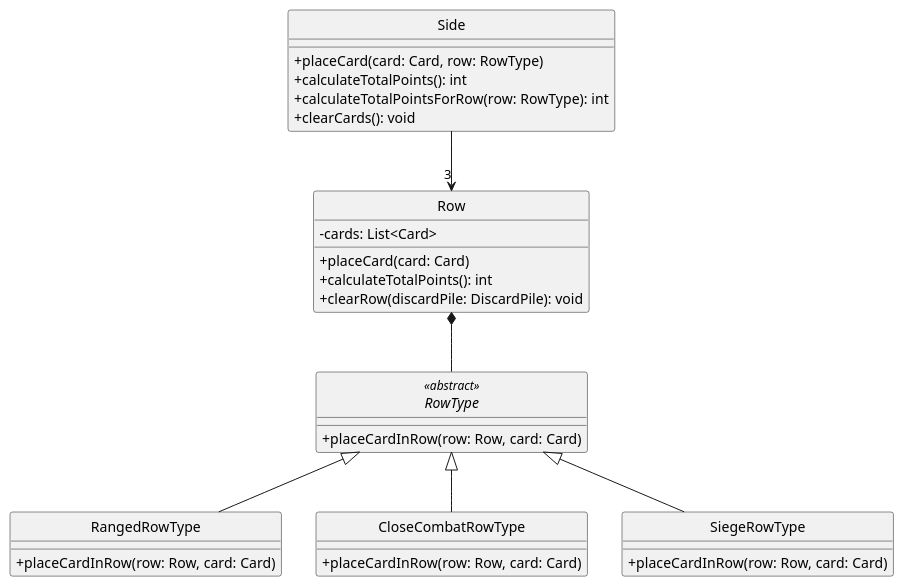
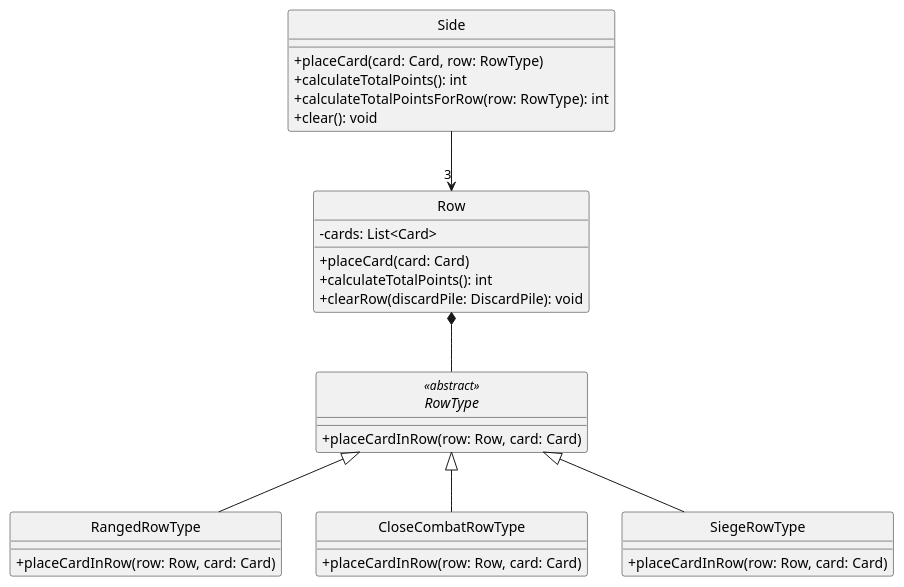
One commit to Yonhir/algo3_proyecto_base_tp2 changed the diagram in diagrams/classes/side.plantuml. Above: the diagram before and after it, drawn with PlantUML. The commit also changed 3 other files, not shown here.

```diff
--- a/diagrams/classes/side.plantuml
+++ b/diagrams/classes/side.plantuml
@@ -1,48 +1,48 @@
 @startuml
 
 skinparam monochrome true
 hide circle
 skinparam classAttributeIconSize 0
 
 ' =====================
 ' SIDE
 ' =====================
 
 class Side {
   +placeCard(card: Card, row: RowType)
   +calculateTotalPoints(): int
   +calculateTotalPointsForRow(row: RowType): int
-  +clearCards(): void
+  +clear(): void
 }
 
 class Row {
   -cards: List<Card>
   +placeCard(card: Card)
   +calculateTotalPoints(): int
   +clearRow(discardPile: DiscardPile): void
 }
 
 abstract class RowType <<abstract>> {
   +placeCardInRow(row: Row, card: Card)
 }
 
 class RangedRowType extends RowType {
   +placeCardInRow(row: Row, card: Card)
 }
 
 class CloseCombatRowType extends RowType {
   +placeCardInRow(row: Row, card: Card)
 }
 
 class SiegeRowType extends RowType {
   +placeCardInRow(row: Row, card: Card)
 }
 
 ' =====================
 ' RELATIONSHIPS
 ' =====================
 
 Side --> "3" Row
 Row *-- RowType
 
 @enduml
```
